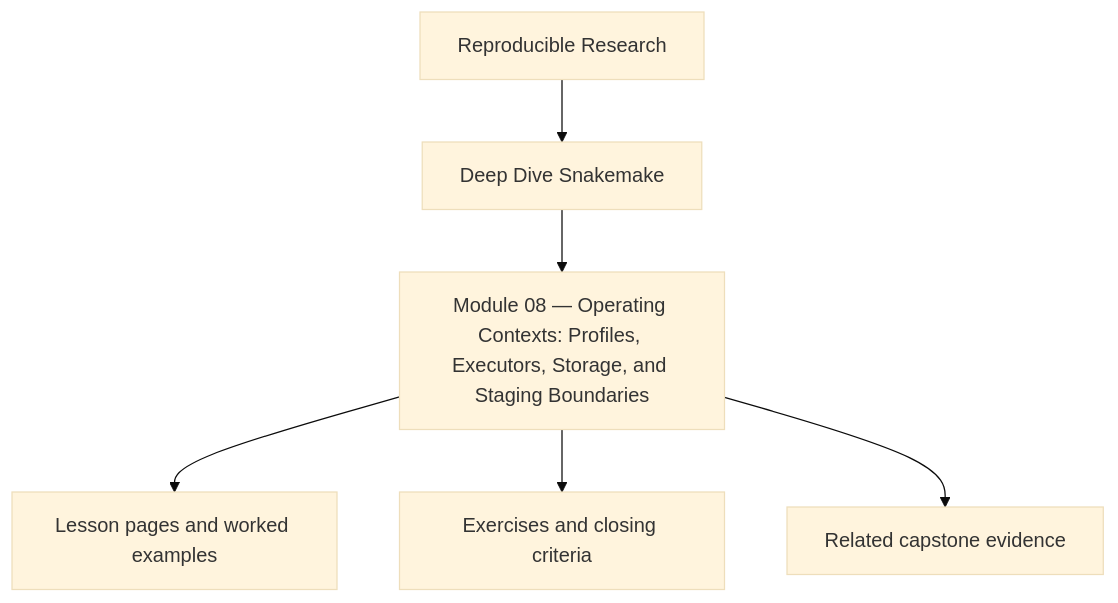
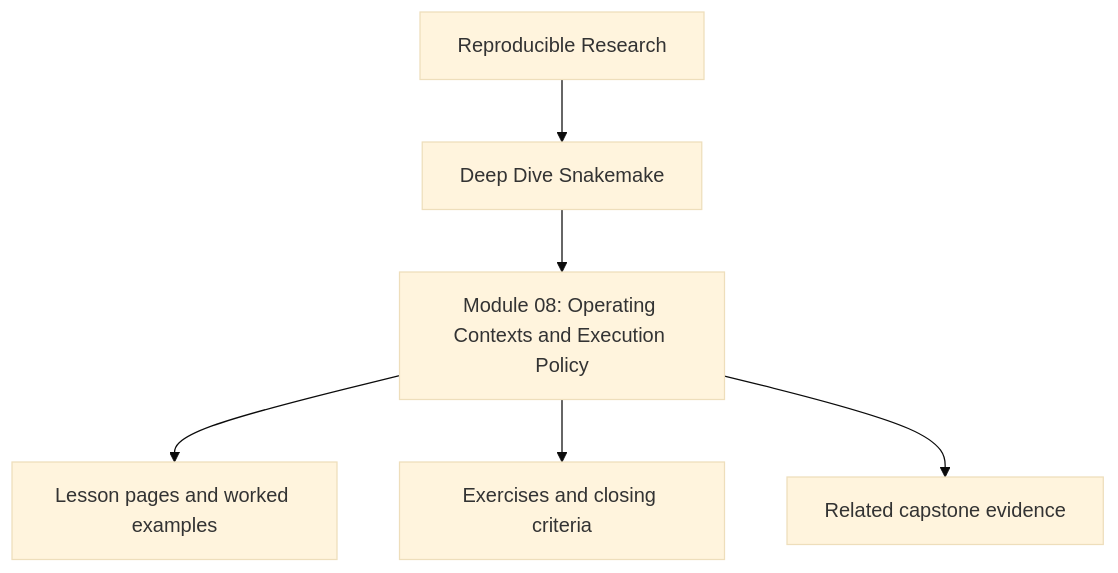
Before and after one commit to bijux/bijux-masterclass: the first of 2 diagrams in programs/reproducible-research/deep-dive-snakemake/course-book/module-08-operating-contexts-and-execution-policy/index.md, drawn with Mermaid (base theme). The commit also changed other lines of this file and 241 other files, not shown here.

````diff
--- a/programs/reproducible-research/deep-dive-snakemake/course-book/module-08-operating-contexts-and-execution-policy/index.md
+++ b/programs/reproducible-research/deep-dive-snakemake/course-book/module-08-operating-contexts-and-execution-policy/index.md
@@ -9,8 +9,8 @@
 ```mermaid
 flowchart TD
   family["Reproducible Research"] --> program["Deep Dive Snakemake"]
-  program --> module["Module 08 — Operating Contexts: Profiles, Executors, Storage, and Staging Boundaries"]
+  program --> module["Module 08: Operating Contexts and Execution Policy"]
   module --> lessons["Lesson pages and worked examples"]
   module --> checkpoints["Exercises and closing criteria"]
   module --> capstone["Related capstone evidence"]
 ```
````
